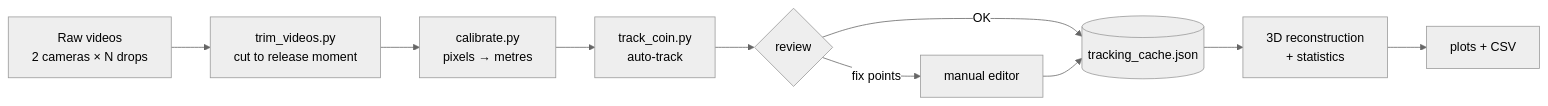
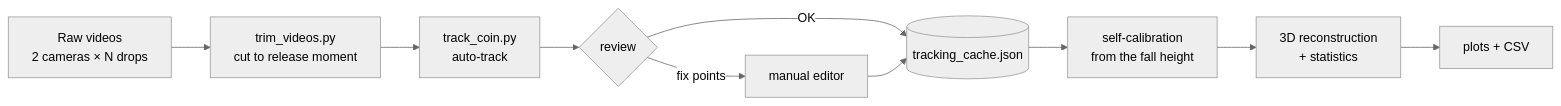
One commit to ondrej-cloud/autumn-coin changed the diagram in README.md. Above: the diagram before and after it, drawn with Mermaid (neutral theme). The commit also changed other lines of this file and 64 other files, not shown here.

````diff
--- a/README.md
+++ b/README.md
@@ -46,11 +46,11 @@
 ```mermaid
 flowchart LR
     A[Raw videos<br/>2 cameras × N drops] --> B[trim_videos.py<br/>cut to release moment]
-    B --> C[calibrate.py<br/>pixels → metres]
-    C --> D[track_coin.py<br/>auto-track]
+    B --> D[track_coin.py<br/>auto-track]
     D --> E{review}
     E -- OK --> F[(tracking_cache.json)]
     E -- fix points --> G[manual editor] --> F
-    F --> H[3D reconstruction<br/>+ statistics]
+    F --> C[self-calibration<br/>from the fall height]
+    C --> H[3D reconstruction<br/>+ statistics]
     H --> I[plots + CSV]
 ```
````
